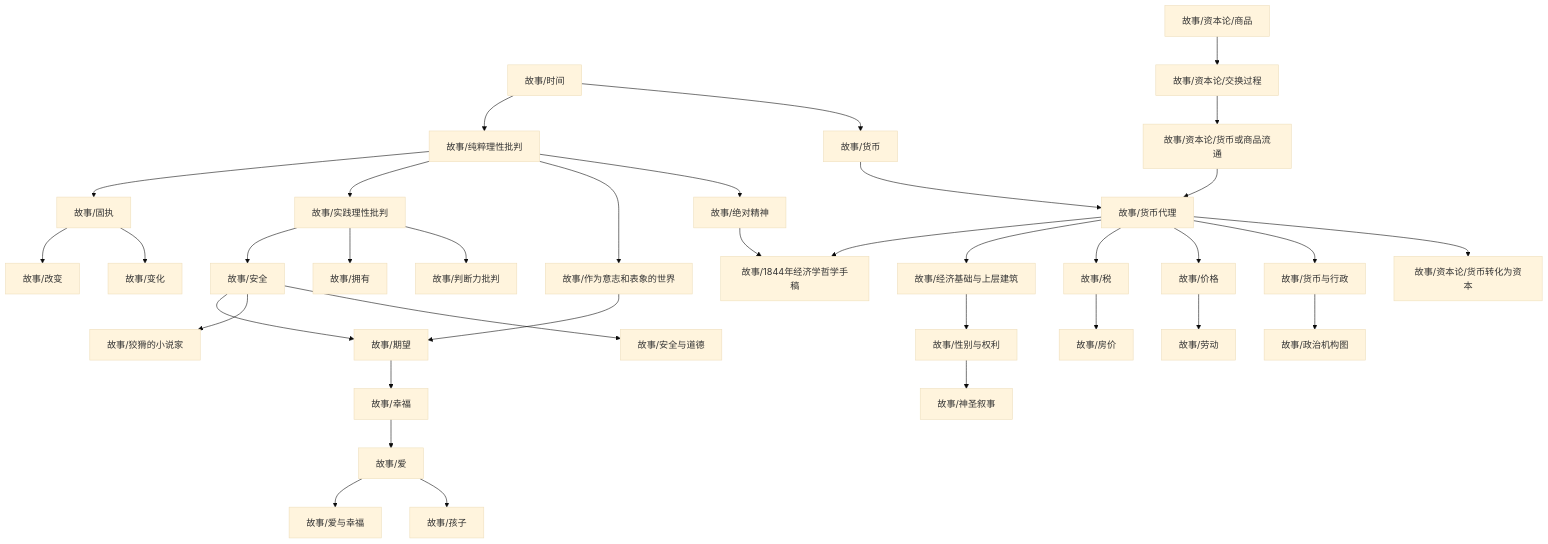
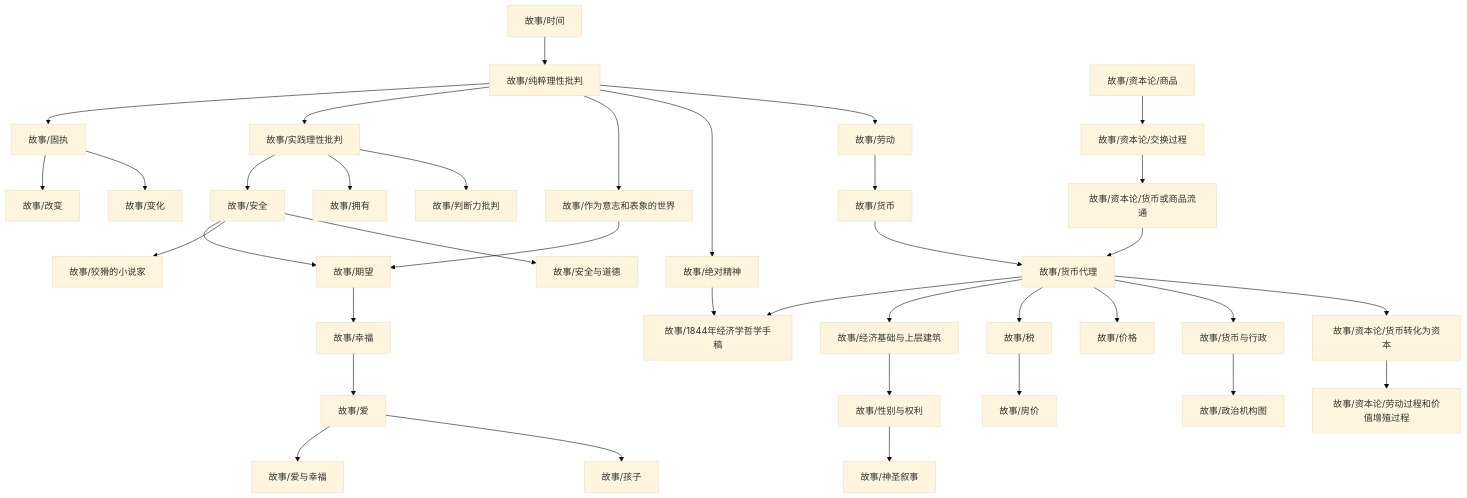
Before and after one commit to zengls3186428803/zengls3186428803.github.io: the diagram in content/故事/dependency_graph.md, drawn with Mermaid (base theme). The commit also changed 4 other files, not shown here.

````diff
--- a/content/故事/dependency_graph.md
+++ b/content/故事/dependency_graph.md
@@ -1,38 +1,39 @@
 ```mermaid
 graph TD
 1["故事/纯粹理性批判"] --> 0["故事/固执"]
 3["故事/经济基础与上层建筑"] --> 2["故事/性别与权利"]
 0["故事/固执"] --> 4["故事/改变"]
 6["故事/货币代理"] --> 5["故事/1844年经济学哲学手稿"]
 7["故事/绝对精神"] --> 5["故事/1844年经济学哲学手稿"]
 9["故事/作为意志和表象的世界"] --> 8["故事/期望"]
 10["故事/安全"] --> 8["故事/期望"]
 10["故事/安全"] --> 11["故事/狡猾的小说家"]
 1["故事/纯粹理性批判"] --> 12["故事/实践理性批判"]
 13["故事/时间"] --> 1["故事/纯粹理性批判"]
 12["故事/实践理性批判"] --> 10["故事/安全"]
 6["故事/货币代理"] --> 3["故事/经济基础与上层建筑"]
 12["故事/实践理性批判"] --> 14["故事/拥有"]
 6["故事/货币代理"] --> 15["故事/税"]
 15["故事/税"] --> 16["故事/房价"]
 18["故事/货币与行政"] --> 17["故事/政治机构图"]
 0["故事/固执"] --> 19["故事/变化"]
 21["故事/幸福"] --> 20["故事/爱"]
 6["故事/货币代理"] --> 22["故事/价格"]
 23["故事/货币"] --> 6["故事/货币代理"]
 24["故事/资本论/货币或商品流通"] --> 6["故事/货币代理"]
 1["故事/纯粹理性批判"] --> 9["故事/作为意志和表象的世界"]
 1["故事/纯粹理性批判"] --> 7["故事/绝对精神"]
 6["故事/货币代理"] --> 18["故事/货币与行政"]
 10["故事/安全"] --> 26["故事/安全与道德"]
 2["故事/性别与权利"] --> 27["故事/神圣叙事"]
 20["故事/爱"] --> 28["故事/爱与幸福"]
-13["故事/时间"] --> 23["故事/货币"]
-20["故事/爱"] --> 29["故事/孩子"]
-22["故事/价格"] --> 30["故事/劳动"]
+29["故事/劳动"] --> 23["故事/货币"]
+20["故事/爱"] --> 30["故事/孩子"]
+1["故事/纯粹理性批判"] --> 29["故事/劳动"]
 12["故事/实践理性批判"] --> 31["故事/判断力批判"]
 8["故事/期望"] --> 21["故事/幸福"]
 32["故事/资本论/交换过程"] --> 24["故事/资本论/货币或商品流通"]
-6["故事/货币代理"] --> 33["故事/资本论/货币转化为资本"]
-34["故事/资本论/商品"] --> 32["故事/资本论/交换过程"]
+34["故事/资本论/货币转化为资本"] --> 33["故事/资本论/劳动过程和价值增殖过程"]
+6["故事/货币代理"] --> 34["故事/资本论/货币转化为资本"]
+35["故事/资本论/商品"] --> 32["故事/资本论/交换过程"]
 ```
````
